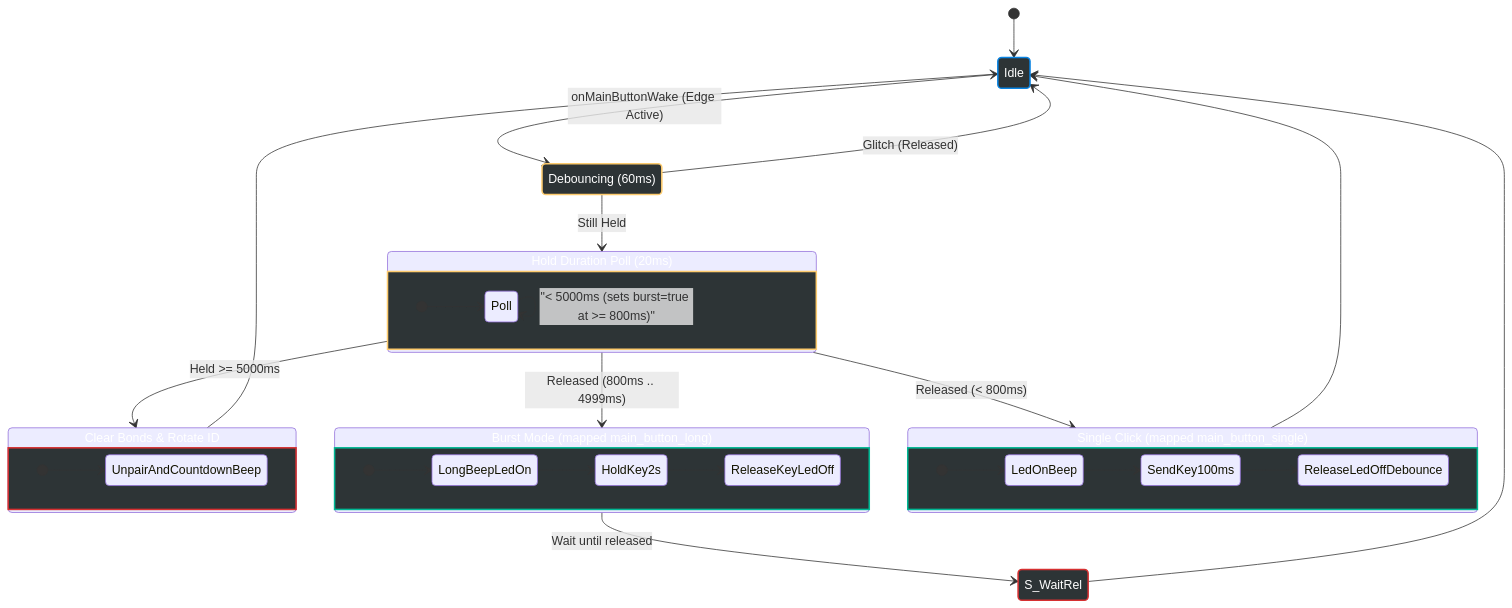
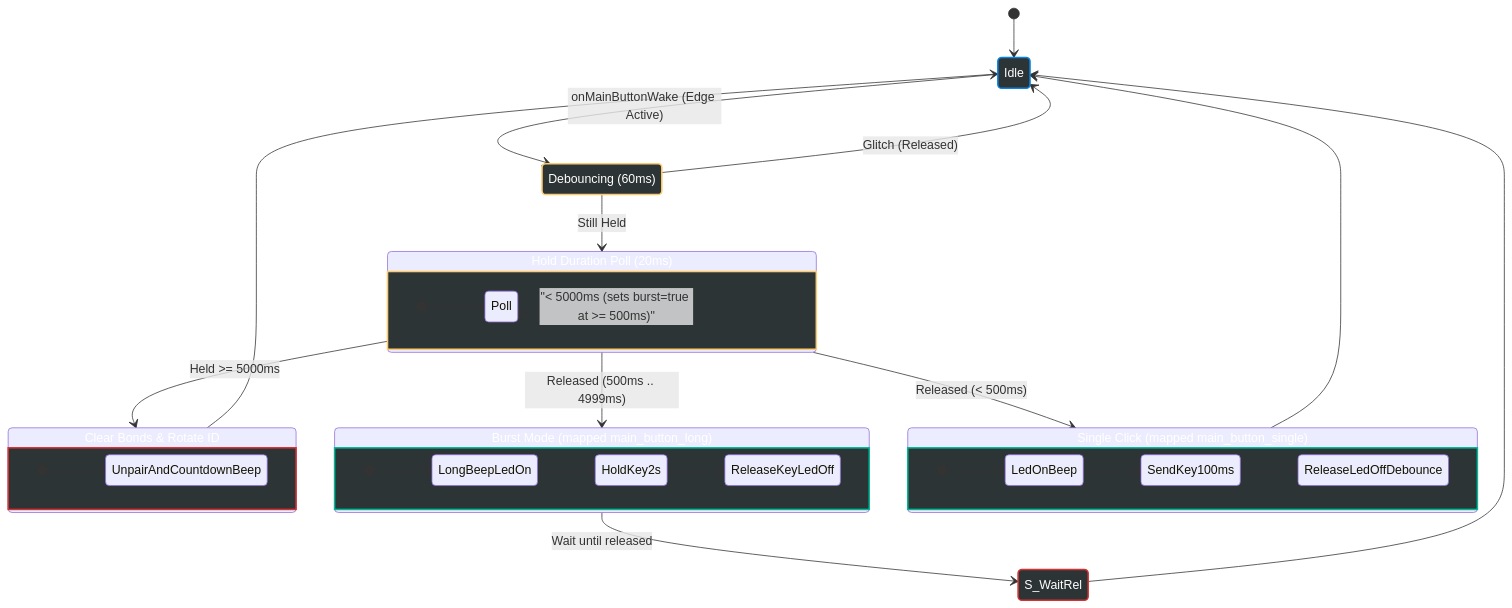
One commit to arunj123/nrf52840-cam-remote changed the first of 3 diagrams in docs/gesture_logic.md. Above: the diagram before and after it, drawn with Mermaid. The commit also changed other lines of this file and 15 other files, not shown here.

````diff
--- a/docs/gesture_logic.md
+++ b/docs/gesture_logic.md
@@ -6,58 +6,58 @@
 ```mermaid
 stateDiagram-v2
     direction TB
 
     %% Styles
     classDef idle fill:#2d3436,stroke:#0984e3,stroke-width:2px,color:#fff
     classDef proc fill:#2d3436,stroke:#fdcb6e,stroke-width:2px,color:#fff
     classDef act fill:#2d3436,stroke:#00b894,stroke-width:2px,color:#fff
     classDef wait fill:#2d3436,stroke:#d63031,stroke-width:2px,color:#fff
 
     [*] --> Idle
     Idle --> S_Debounce : onMainButtonWake (Edge Active)
 
     state "Debouncing (60ms)" as S_Debounce
     S_Debounce --> Idle : Glitch (Released)
     S_Debounce --> S_HoldPoll : Still Held
 
     state "Hold Duration Poll (20ms)" as S_HoldPoll {
         direction LR
         [*] --> Poll
-        Poll --> Poll : "< 5000ms (sets burst=true at >= 800ms)"
+        Poll --> Poll : "< 5000ms (sets burst=true at >= 500ms)"
     }
 
     S_HoldPoll --> S_ClearBonds : Held >= 5000ms
-    S_HoldPoll --> S_Burst : Released (800ms .. 4999ms)
-    S_HoldPoll --> S_Click : Released (< 800ms)
+    S_HoldPoll --> S_Burst : Released (500ms .. 4999ms)
+    S_HoldPoll --> S_Click : Released (< 500ms)
 
     state "Clear Bonds & Rotate ID" as S_ClearBonds {
         direction LR
         [*] --> UnpairAndCountdownBeep
     }
     S_ClearBonds --> Idle
 
     state "Burst Mode (mapped main_button_long)" as S_Burst {
         direction LR
         [*] --> LongBeepLedOn
         LongBeepLedOn --> HoldKey2s
         HoldKey2s --> ReleaseKeyLedOff
     }
     S_Burst --> S_WaitRel : Wait until released
     S_WaitRel --> Idle
 
     state "Single Click (mapped main_button_single)" as S_Click {
         direction LR
         [*] --> LedOnBeep
         LedOnBeep --> SendKey100ms
         SendKey100ms --> ReleaseLedOffDebounce
     }
     S_Click --> Idle
 
     class Idle idle
     class S_Debounce proc
     class S_HoldPoll proc
     class S_Click act
     class S_Burst act
     class S_ClearBonds wait
     class S_WaitRel wait
 ```
````
